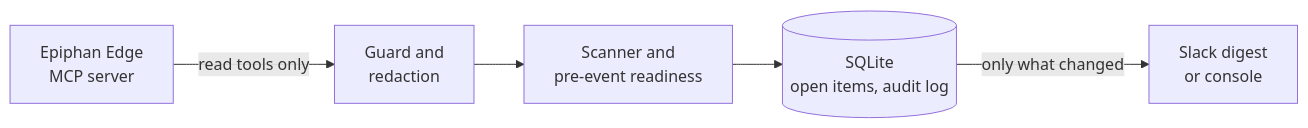
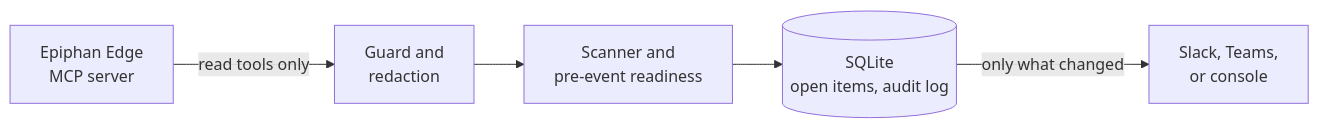
Before and after one commit to ScientiaCapital/fleetwatch: the diagram in README.md, drawn with Mermaid. The commit also changed other lines of this file and 4 other files, not shown here.

````diff
--- a/README.md
+++ b/README.md
@@ -148,7 +152,7 @@
 ```mermaid
 flowchart LR
   E[Epiphan Edge<br/>MCP server] -->|read tools only| G[Guard and<br/>redaction]
   G --> S[Scanner and<br/>pre-event readiness]
   S --> D[(SQLite<br/>open items, audit log)]
-  D -->|only what changed| N[Slack digest<br/>or console]
+  D -->|only what changed| N[Slack, Teams,<br/>or console]
 ```
````
